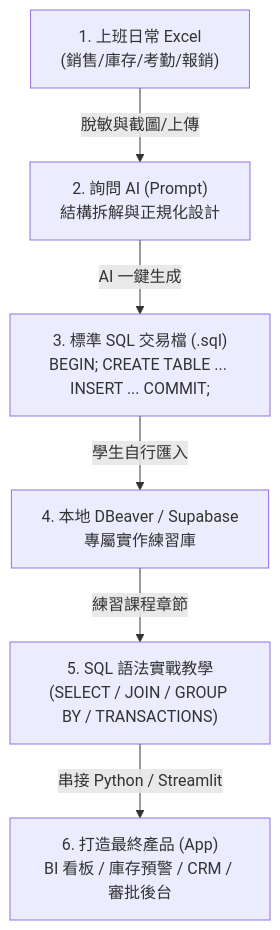
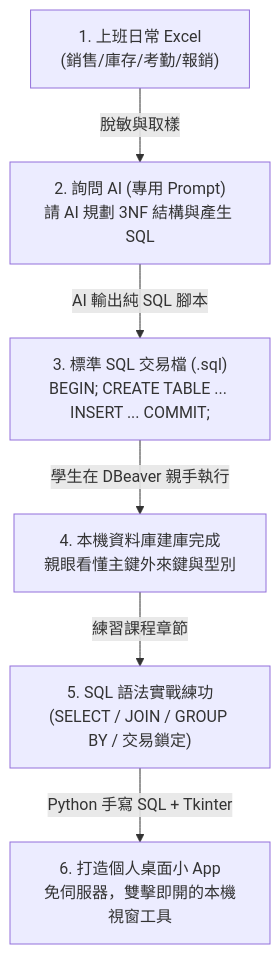
The diagram in 範例資料庫/從Excel用AI生成SQL交易檔與App產品規劃指南.md (roberthsu2003/postgreSQL_MCP), drawn with Mermaid before and after one commit. The commit also changed other lines of this file and 18 other files, not shown here.

````diff
--- a/範例資料庫/從Excel用AI生成SQL交易檔與App產品規劃指南.md
+++ b/範例資料庫/從Excel用AI生成SQL交易檔與App產品規劃指南.md
@@ -15,8 +28,8 @@
 ```mermaid
 flowchart TD
-    A["1. 上班日常 Excel<br>(銷售/庫存/考勤/報銷)"] -->|脫敏與截圖/上傳| B["2. 詢問 AI (Prompt)<br>結構拆解與正規化設計"]
-    B -->|AI 一鍵生成| C["3. 標準 SQL 交易檔 (.sql)<br>BEGIN; CREATE TABLE ... INSERT ... COMMIT;"]
-    C -->|學生自行匯入| D["4. 本地 DBeaver / Supabase<br>專屬實作練習庫"]
-    D -->|練習課程章節| E["5. SQL 語法實戰教學<br>(SELECT / JOIN / GROUP BY / TRANSACTIONS)"]
-    E -->|串接 Python / Streamlit| F["6. 打造最終產品 (App)<br>BI 看板 / 庫存預警 / CRM / 審批後台"]
+    A["1. 上班日常 Excel<br>(銷售/庫存/考勤/報銷)"] -->|脫敏與取樣| B["2. 詢問 AI (專用 Prompt)<br>請 AI 規劃 3NF 結構與產生 SQL"]
+    B -->|AI 輸出純 SQL 腳本| C["3. 標準 SQL 交易檔 (.sql)<br>BEGIN; CREATE TABLE ... INSERT ... COMMIT;"]
+    C -->|學生在 DBeaver 親手執行| D["4. 本機資料庫建庫完成<br>親眼看懂主鍵外來鍵與型別"]
+    D -->|練習課程章節| E["5. SQL 語法實戰練功<br>(SELECT / JOIN / GROUP BY / 交易鎖定)"]
+    E -->|Python 手寫 SQL + Tkinter| F["6. 打造個人桌面小 App<br>免伺服器，雙擊即開的本機視窗工具"]
 ```
````
